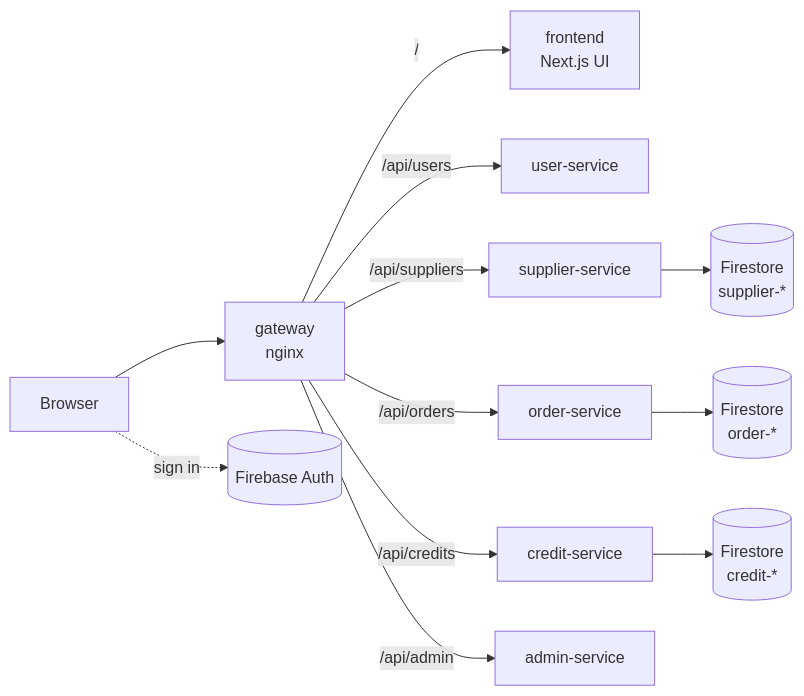
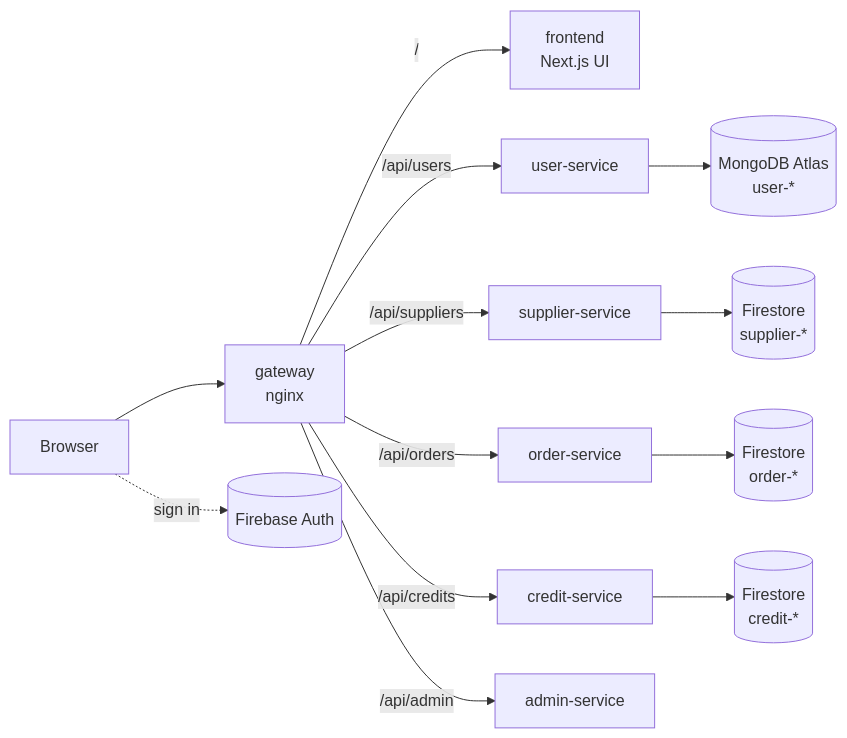
The diagram in README.md (Y2627S1-CS3219-P-28/FoC-P28), drawn with Mermaid before and after one commit. The commit also changed other lines of this file, not shown here.

Commit message:
Update diagram

````diff
--- a/README.md
+++ b/README.md
@@ -35,14 +35,15 @@
 ```mermaid
 flowchart LR
   browser[Browser] --> gateway[gateway<br/>nginx]
   gateway -- "/" --> frontend[frontend<br/>Next.js UI]
   gateway -- "/api/users" --> user[user-service]
   gateway -- "/api/suppliers" --> supplier[supplier-service]
   gateway -- "/api/orders" --> order[order-service]
   gateway -- "/api/credits" --> credit[credit-service]
   gateway -- "/api/admin" --> admin[admin-service]
   browser -. "sign in" .-> auth[(Firebase Auth)]
   supplier --> sdb[(Firestore<br/>supplier-*)]
   order --> odb[(Firestore<br/>order-*)]
   credit --> cdb[(Firestore<br/>credit-*)]
+  user --> udb[(MongoDB Atlas<br/>user-*)]
 ```
````
